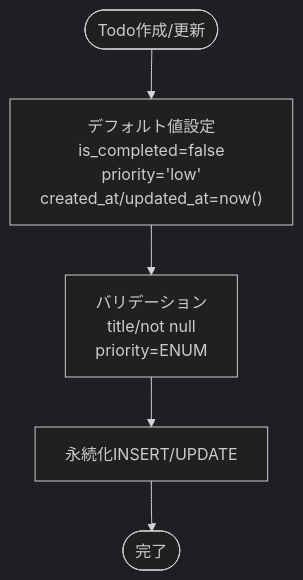
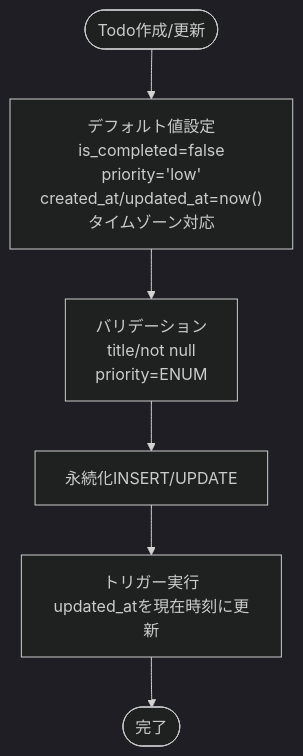
One commit to ss8806/Todos changed the fifth of 6 diagrams in .qoder/repowiki/ja/content/データベース設計/データベーススキーマ.md. Above: the diagram before and after it, drawn with Mermaid (dark theme). The commit also changed other lines of this file and 38 other files, not shown here.

````diff
--- a/.qoder/repowiki/ja/content/データベース設計/データベーススキーマ.md
+++ b/.qoder/repowiki/ja/content/データベース設計/データベーススキーマ.md
@@ -238,7 +245,8 @@
 ```mermaid
 flowchart TD
-Start(["Todo作成/更新"]) --> SetDefaults["デフォルト値設定<br/>is_completed=false<br/>priority='low'<br/>created_at/updated_at=now()"]
+Start(["Todo作成/更新"]) --> SetDefaults["デフォルト値設定<br/>is_completed=false<br/>priority='low'<br/>created_at/updated_at=now()タイムゾーン対応"]
 SetDefaults --> Validate["バリデーション<br/>title/not null<br/>priority=ENUM"]
 Validate --> Persist["永続化INSERT/UPDATE"]
-Persist --> End(["完了"])
+Persist --> Trigger["トリガー実行<br/>updated_atを現在時刻に更新"]
+Trigger --> End(["完了"])
 ```
````
